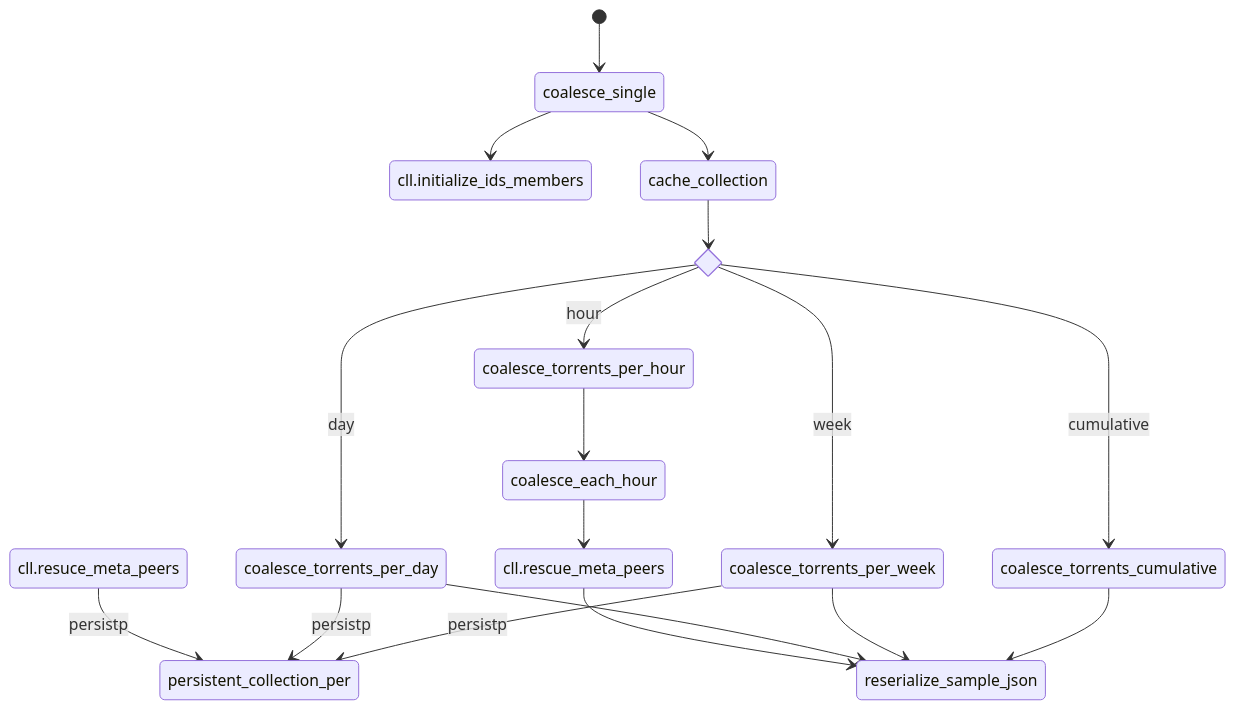
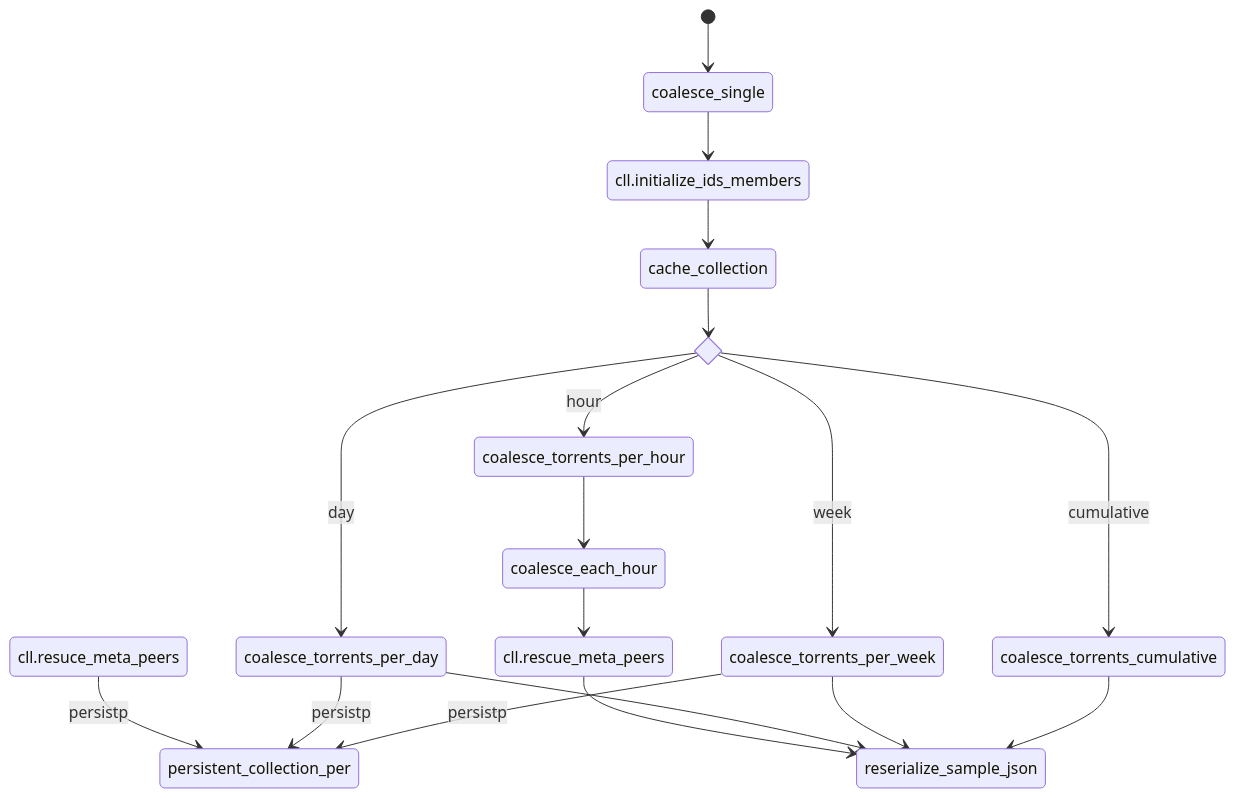
Before and after one commit to bdekoz/alpha60-docs: the diagram in docs/graphs/coalesce_single.mmd, drawn with Mermaid.

```diff
--- a/docs/graphs/coalesce_single.mmd
+++ b/docs/graphs/coalesce_single.mmd
@@ -1,25 +1,25 @@
 stateDiagram-v2
     [*] --> coalesce_single
     coalesce_single --> cll.initialize_ids_members
-    coalesce_single --> cache_collection
+    cll.initialize_ids_members --> cache_collection
 
     state if_state<<choice>>
     cache_collection --> if_state
 
     if_state --> coalesce_torrents_per_hour : hour
     coalesce_torrents_per_hour --> coalesce_each_hour
     coalesce_each_hour --> cll.rescue_meta_peers
     cll.rescue_meta_peers --> reserialize_sample_json	
     cll.resuce_meta_peers --> persistent_collection_per : persistp
 
 
     if_state --> coalesce_torrents_per_day : day
     coalesce_torrents_per_day --> persistent_collection_per : persistp
     coalesce_torrents_per_day --> reserialize_sample_json
     
     if_state --> coalesce_torrents_per_week : week
     coalesce_torrents_per_week --> persistent_collection_per : persistp
     coalesce_torrents_per_week --> reserialize_sample_json
 
     if_state --> coalesce_torrents_cumulative : cumulative
     coalesce_torrents_cumulative --> reserialize_sample_json
```
